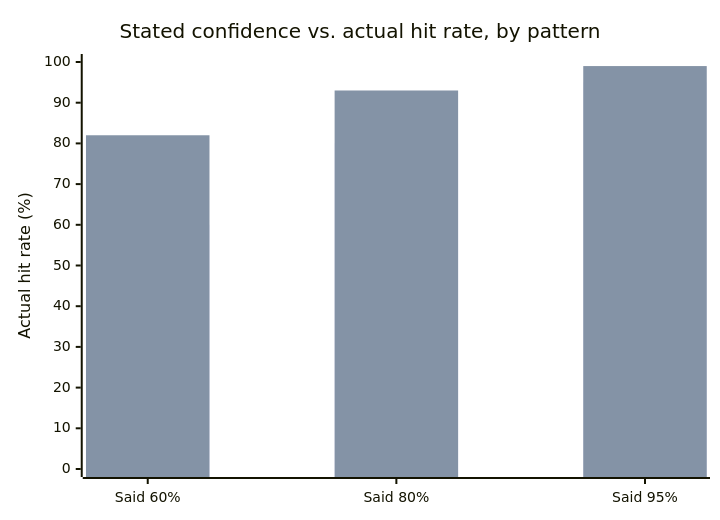
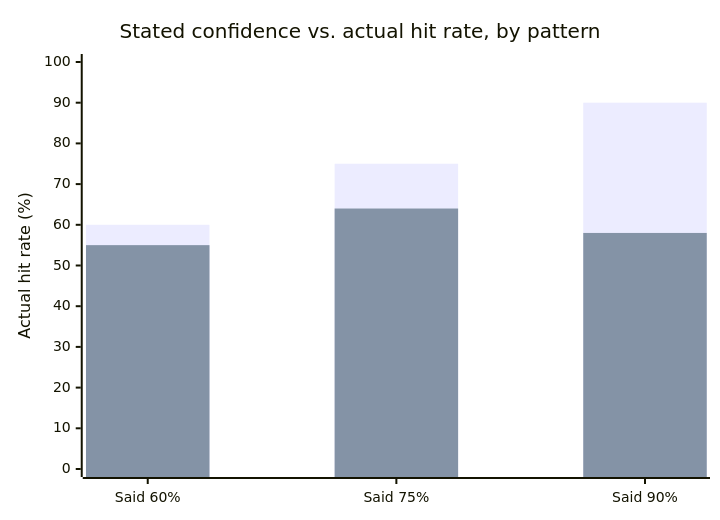
One commit to francoandreDev/knowledge changed the first of 2 diagrams in src/content/learning-craft/calibration/L2-concept.mdx. Above: the diagram before and after it, drawn with Mermaid. The commit also changed other lines of this file and 76 other files, not shown here.

````diff
--- a/src/content/learning-craft/calibration/L2-concept.mdx
+++ b/src/content/learning-craft/calibration/L2-concept.mdx
@@ -32,8 +32,8 @@
 ```mermaid
 xychart-beta
     title "Stated confidence vs. actual hit rate, by pattern"
-    x-axis ["Said 60%", "Said 80%", "Said 95%"]
+    x-axis ["Said 60%", "Said 75%", "Said 90%"]
     y-axis "Actual hit rate (%)" 0 --> 100
-    bar [60, 80, 95]
-    bar [82, 93, 99]
+    bar [60, 75, 90]
+    bar [55, 64, 58]
 ```
````
